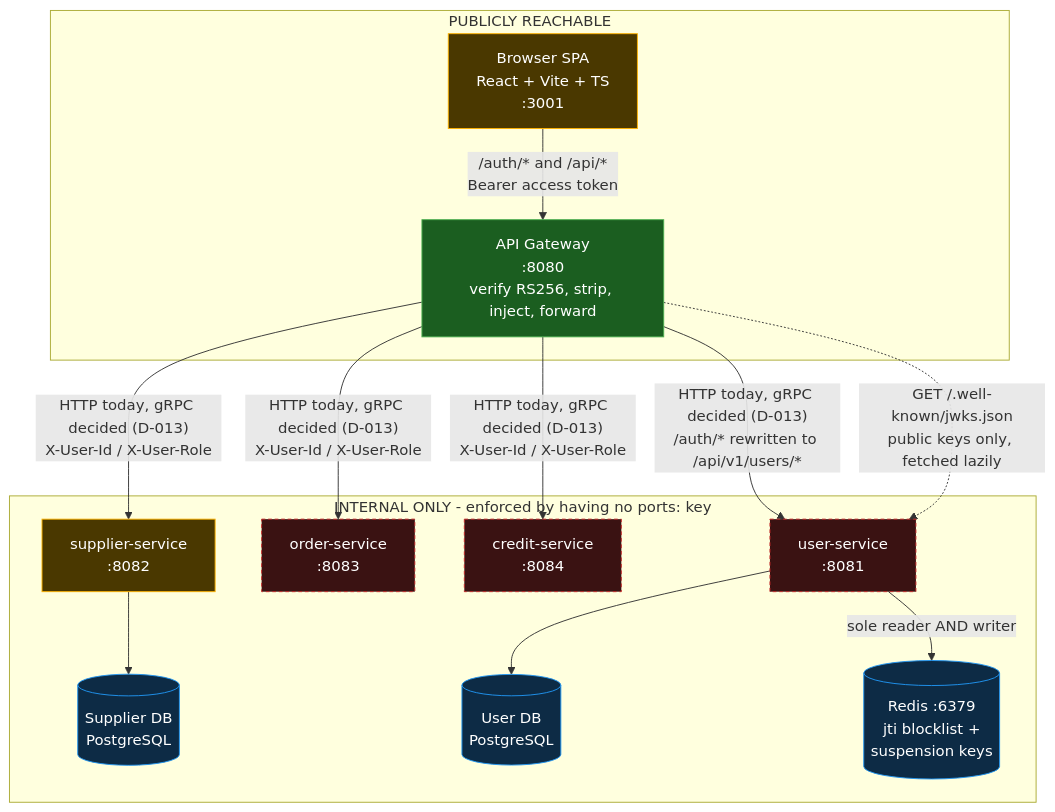
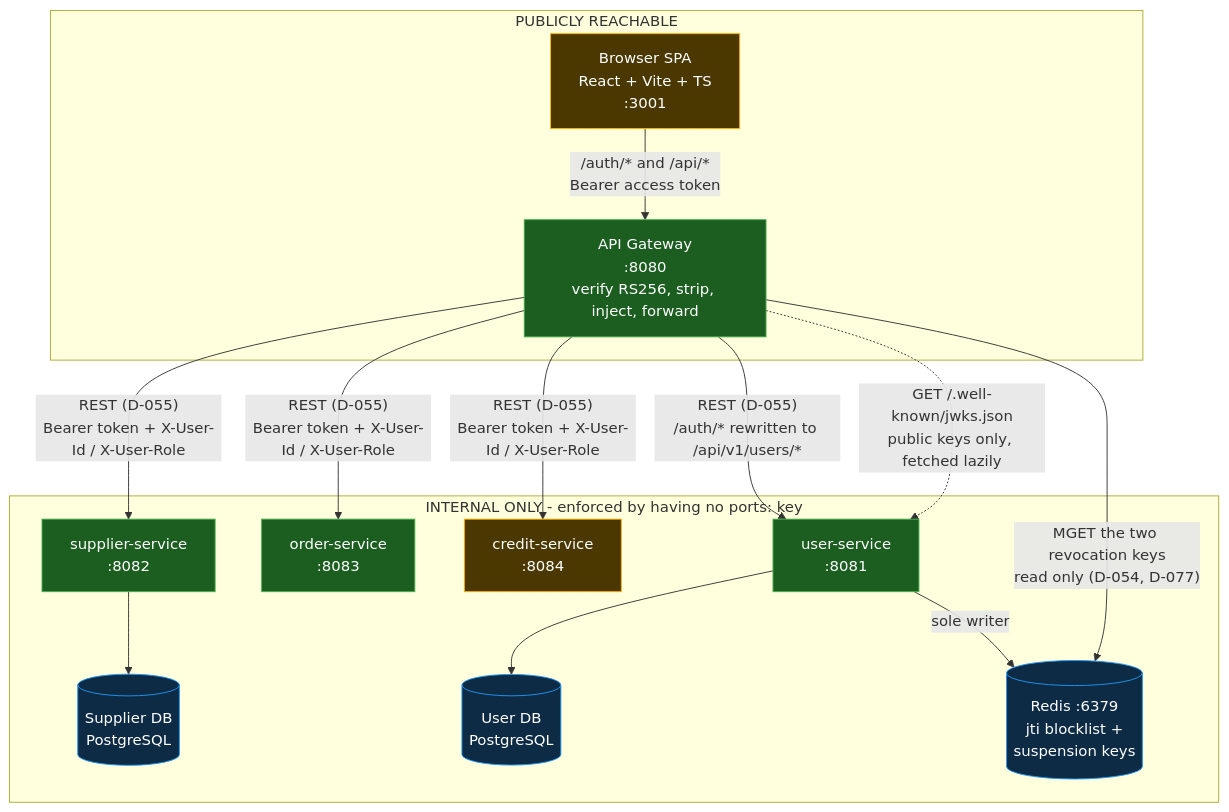
Before and after one commit to AY2627S1-CS3219-P2/FoC: the first of 6 diagrams in ai/decisions/architecture.md, drawn with Mermaid. The commit also changed other lines of this file and 23 other files, not shown here.

````diff
--- a/ai/decisions/architecture.md
+++ b/ai/decisions/architecture.md
@@ -32,38 +33,38 @@
 ```mermaid
 flowchart TB
     subgraph PUBLIC["PUBLICLY REACHABLE"]
         UI["Browser SPA<br/>React + Vite + TS<br/>:3001"]
         GW["API Gateway<br/>:8080<br/>verify RS256, strip, inject, forward"]
     end
 
     subgraph INTERNAL["INTERNAL ONLY - enforced by having no ports: key"]
         US["user-service<br/>:8081"]
         SUP["supplier-service<br/>:8082"]
         ORD["order-service<br/>:8083"]
         CRE["credit-service<br/>:8084"]
         UDB[("User DB<br/>PostgreSQL")]
         SDB[("Supplier DB<br/>PostgreSQL")]
         RDS[("Redis :6379<br/>jti blocklist +<br/>suspension keys")]
     end
 
     UI -->|"/auth/* and /api/*<br/>Bearer access token"| GW
-    GW -->|"HTTP today, gRPC decided (D-013)<br/>X-User-Id / X-User-Role"| SUP
-    GW -->|"HTTP today, gRPC decided (D-013)<br/>X-User-Id / X-User-Role"| ORD
-    GW -->|"HTTP today, gRPC decided (D-013)<br/>X-User-Id / X-User-Role"| CRE
-    GW -->|"HTTP today, gRPC decided (D-013)<br/>/auth/* rewritten to /api/v1/users/*"| US
+    GW -->|"REST (D-055)<br/>Bearer token + X-User-Id / X-User-Role"| SUP
+    GW -->|"REST (D-055)<br/>Bearer token + X-User-Id / X-User-Role"| ORD
+    GW -->|"REST (D-055)<br/>Bearer token + X-User-Id / X-User-Role"| CRE
+    GW -->|"REST (D-055)<br/>/auth/* rewritten to /api/v1/users/*"| US
     GW -.->|"GET /.well-known/jwks.json<br/>public keys only, fetched lazily"| US
+    GW -->|"MGET the two revocation keys<br/>read only (D-054, D-077)"| RDS
 
     US --> UDB
     SUP --> SDB
-    US -->|"sole reader AND writer"| RDS
+    US -->|"sole writer"| RDS
 
     classDef built fill:#1b5e20,stroke:#4caf50,color:#fff
     classDef partial fill:#4a3800,stroke:#ffb300,color:#fff
     classDef absent fill:#3a1212,stroke:#c62828,color:#fff,stroke-dasharray: 4 3
     classDef store fill:#0d2b45,stroke:#2196f3,color:#fff
 
-    class GW built
-    class UI,SUP partial
-    class US,ORD,CRE absent
+    class GW,US,SUP,ORD built
+    class UI,CRE partial
     class UDB,SDB,RDS store
 ```
````
